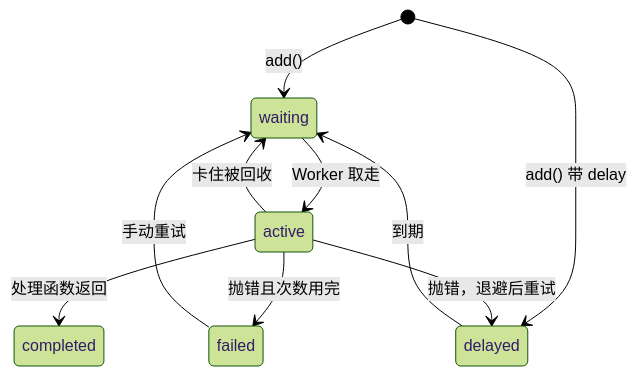
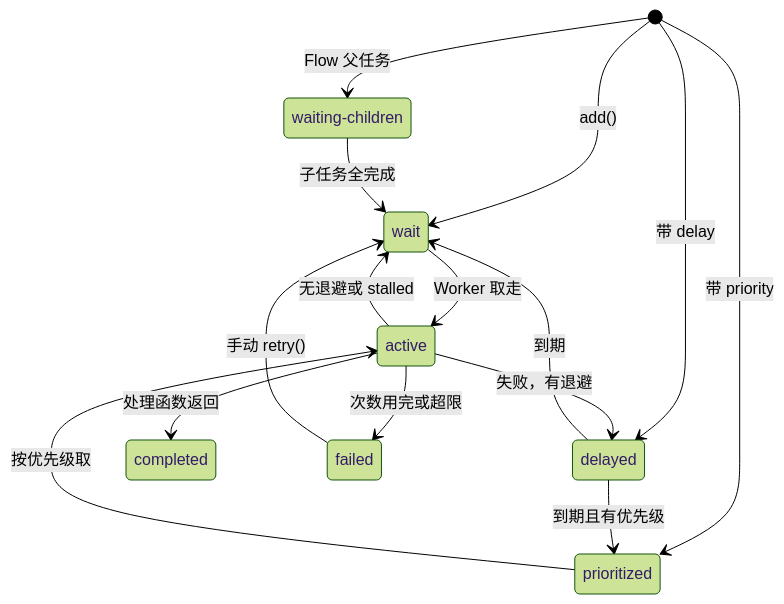
One commit to jarvis-pro/hatch-shelf changed the diagram in books/redis-jobs/05-bullmq.md. Above: the diagram before and after it, drawn with Mermaid (forest theme). The commit also changed other lines of this file and 72 other files, not shown here.

First line of the commit message:
content: 全库体检第二轮：首批 30 张配图

````diff
--- a/books/redis-jobs/05-bullmq.md
+++ b/books/redis-jobs/05-bullmq.md
@@ -20,12 +20,19 @@
 ```mermaid
 stateDiagram-v2
-  [*] --> waiting: add()
-  [*] --> delayed: add() 带 delay
-  delayed --> waiting: 到期
-  waiting --> active: Worker 取走
+  direction TB
+  state "waiting-children" as children
+  [*] --> delayed: 带 delay
+  [*] --> wait: add()
+  [*] --> prioritized: 带 priority
+  [*] --> children: Flow 父任务
+  delayed --> wait: 到期
+  delayed --> prioritized: 到期且有优先级
+  children --> wait: 子任务全完成
+  wait --> active: Worker 取走
+  prioritized --> active: 按优先级取
   active --> completed: 处理函数返回
-  active --> failed: 抛错且次数用完
-  active --> delayed: 抛错，退避后重试
-  active --> waiting: 卡住被回收
-  failed --> waiting: 手动重试
+  active --> failed: 次数用完或超限
+  active --> delayed: 失败，有退避
+  active --> wait: 无退避或 stalled
+  failed --> wait: 手动 retry()
 ```
````
